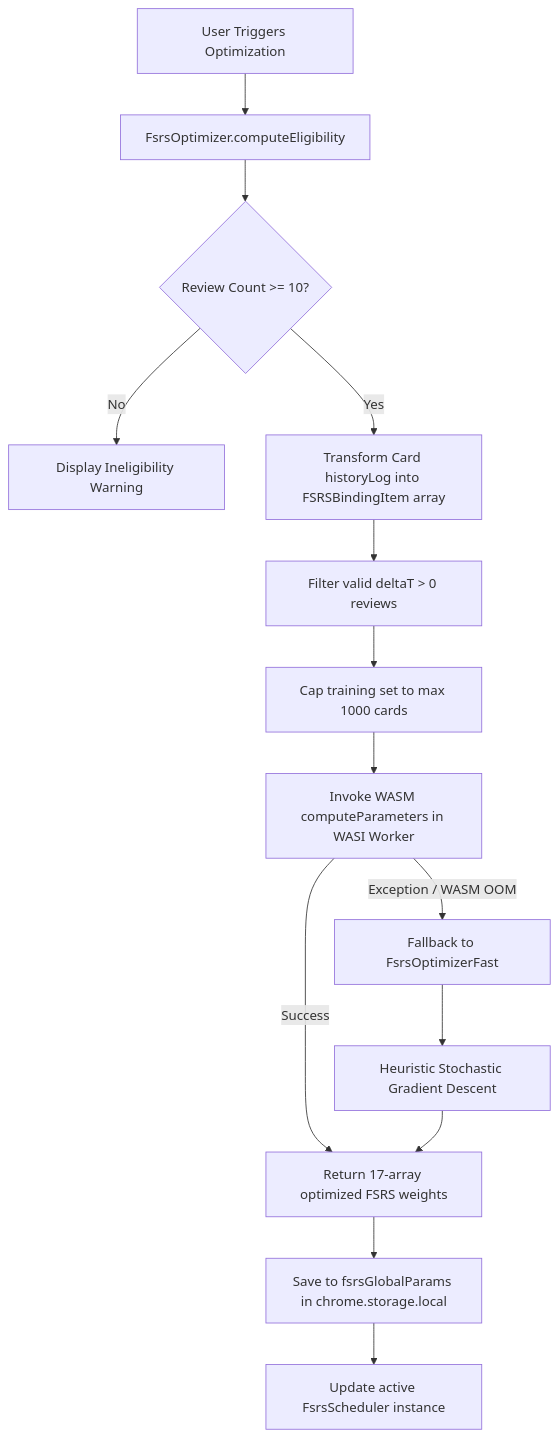
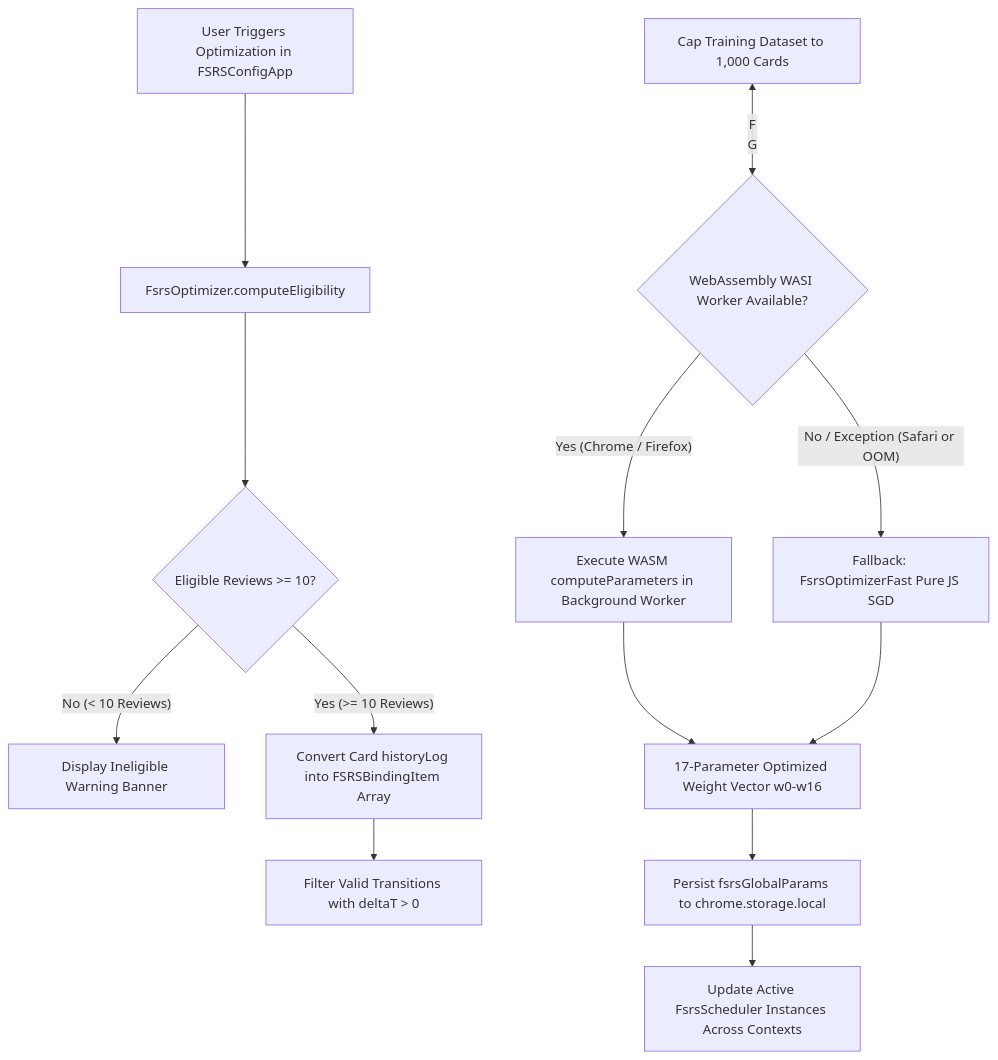
The third of 6 diagrams in docs/architecture/data-flow.md (sdeanmol/algomonster-fsrs-extension), drawn with Mermaid before and after one commit. The commit also changed other lines of this file and 4 other files, not shown here.

Commit message:
docs: update architecture and feature documentation files

````diff
--- a/docs/architecture/data-flow.md
+++ b/docs/architecture/data-flow.md
@@ -48,16 +72,16 @@
 ```mermaid
 flowchart TD
-    A[User Triggers Optimization] --> B[FsrsOptimizer.computeEligibility]
-    B --> C{Review Count >= 10?}
-    C -- No --> D[Display Ineligibility Warning]
-    C -- Yes --> E[Transform Card historyLog into FSRSBindingItem array]
-    E --> F[Filter valid deltaT > 0 reviews]
-    F --> G[Cap training set to max 1000 cards]
-    G --> H[Invoke WASM computeParameters in WASI Worker]
-    H -- Success --> I[Return 17-array optimized FSRS weights]
-    H -- Exception / WASM OOM --> J[Fallback to FsrsOptimizerFast]
-    J --> K[Heuristic Stochastic Gradient Descent]
-    K --> I
-    I --> L[Save to fsrsGlobalParams in chrome.storage.local]
-    L --> M[Update active FsrsScheduler instance]
+    A[User Triggers Optimization in FSRSConfigApp] --> B[FsrsOptimizer.computeEligibility]
+    B --> C{Eligible Reviews >= 10?}
+    C -- "No (< 10 Reviews)" --> D[Display Ineligible Warning Banner]
+    C -- "Yes (>= 10 Reviews)" --> E[Convert Card historyLog into FSRSBindingItem Array]
+    E --> F[Filter Valid Transitions with deltaT > 0]
+    G[Cap Training Dataset to 1,000 Cards] <-- F
+    G --> H{WebAssembly WASI Worker Available?}
+    H -- "Yes (Chrome / Firefox)" --> I[Execute WASM computeParameters in Background Worker]
+    H -- "No / Exception (Safari or OOM)" --> J[Fallback: FsrsOptimizerFast Pure JS SGD]
+    I --> K[17-Parameter Optimized Weight Vector w0-w16]
+    J --> K
+    K --> L[Persist fsrsGlobalParams to chrome.storage.local]
+    L --> M[Update Active FsrsScheduler Instances Across Contexts]
 ```
````
